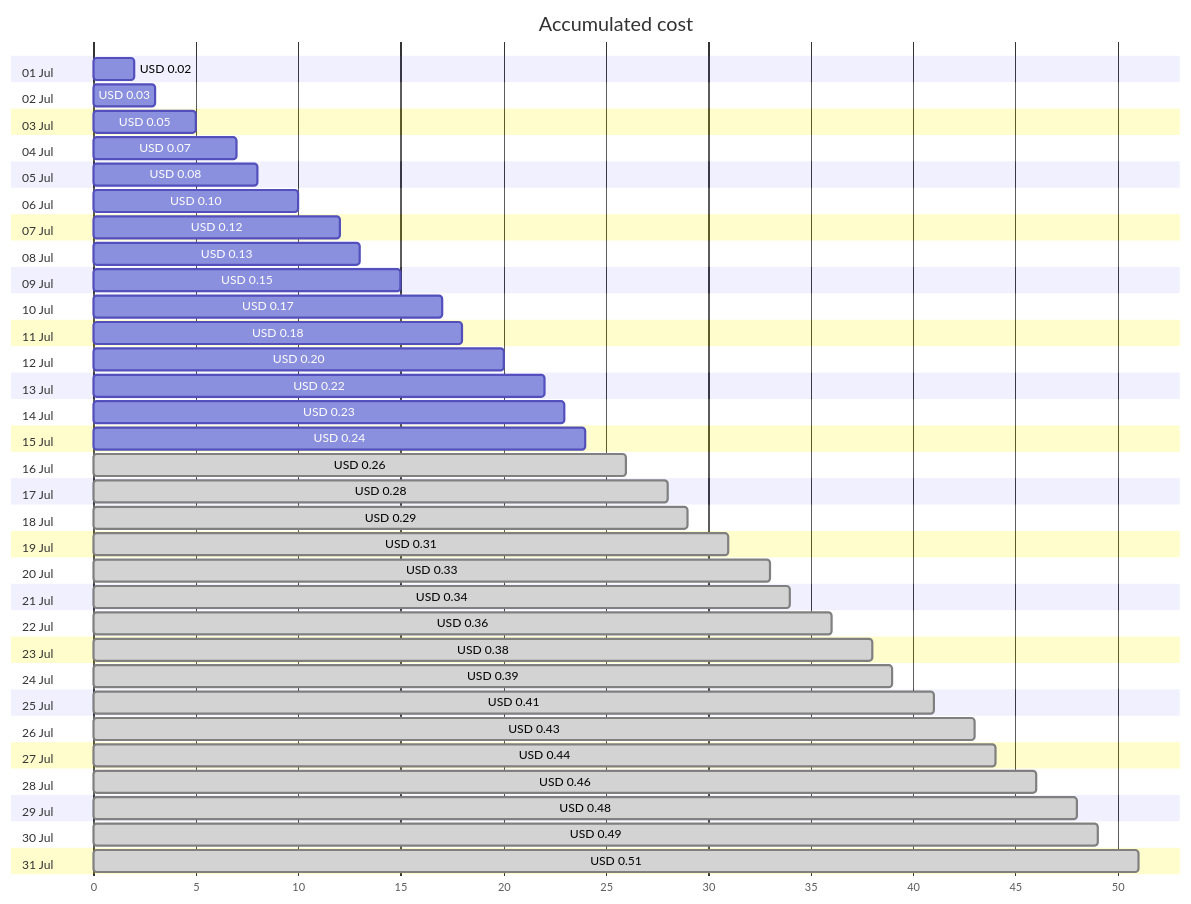
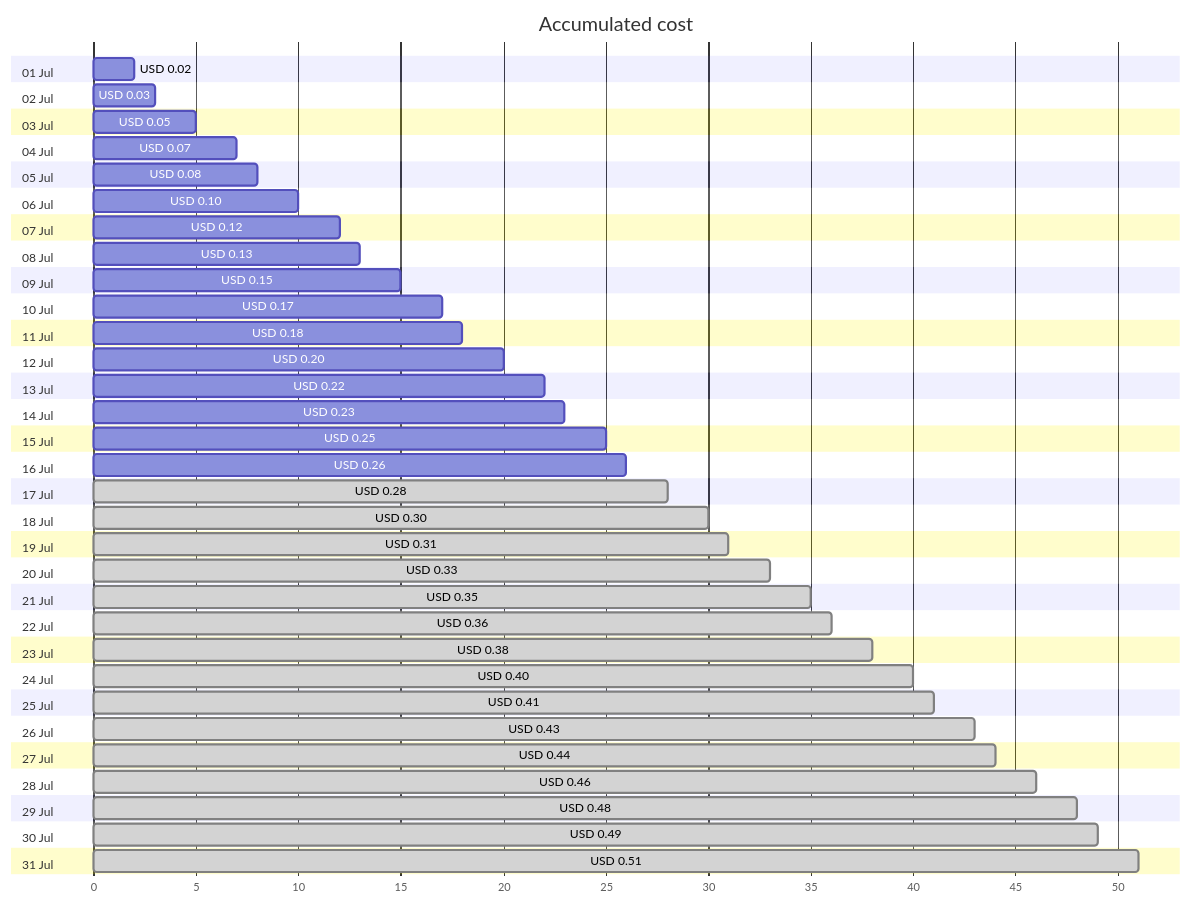
The first of 4 diagrams in cost-reports/personal-dns/jpatrickfulton.dev.md (jpfulton/azure-personal-reports), drawn with Mermaid before and after one commit. The commit also changed other lines of this file and 2 other files, not shown here.

````diff
--- a/cost-reports/personal-dns/jpatrickfulton.dev.md
+++ b/cost-reports/personal-dns/jpatrickfulton.dev.md
@@ -20,68 +20,68 @@
 ```mermaid
 gantt
    title Accumulated cost
    dateFormat  X
    axisFormat %s
    section 01 Jul
    USD 0.02 :0, 2
    section 02 Jul
    USD 0.03 :0, 3
    section 03 Jul
    USD 0.05 :0, 5
    section 04 Jul
    USD 0.07 :0, 7
    section 05 Jul
    USD 0.08 :0, 8
    section 06 Jul
    USD 0.10 :0, 10
    section 07 Jul
    USD 0.12 :0, 12
    section 08 Jul
    USD 0.13 :0, 13
    section 09 Jul
    USD 0.15 :0, 15
    section 10 Jul
    USD 0.17 :0, 17
    section 11 Jul
    USD 0.18 :0, 18
    section 12 Jul
    USD 0.20 :0, 20
    section 13 Jul
    USD 0.22 :0, 22
    section 14 Jul
    USD 0.23 :0, 23
    section 15 Jul
-   USD 0.24 :0, 24
+   USD 0.25 :0, 25
    section 16 Jul
-   USD 0.26 : done, 0, 26
+   USD 0.26 :0, 26
    section 17 Jul
    USD 0.28 : done, 0, 28
    section 18 Jul
-   USD 0.29 : done, 0, 29
+   USD 0.30 : done, 0, 30
    section 19 Jul
    USD 0.31 : done, 0, 31
    section 20 Jul
    USD 0.33 : done, 0, 33
    section 21 Jul
-   USD 0.34 : done, 0, 34
+   USD 0.35 : done, 0, 35
    section 22 Jul
    USD 0.36 : done, 0, 36
    section 23 Jul
    USD 0.38 : done, 0, 38
    section 24 Jul
-   USD 0.39 : done, 0, 39
+   USD 0.40 : done, 0, 40
    section 25 Jul
    USD 0.41 : done, 0, 41
    section 26 Jul
    USD 0.43 : done, 0, 43
    section 27 Jul
    USD 0.44 : done, 0, 44
    section 28 Jul
    USD 0.46 : done, 0, 46
    section 29 Jul
    USD 0.48 : done, 0, 48
    section 30 Jul
    USD 0.49 : done, 0, 49
    section 31 Jul
    USD 0.51 : done, 0, 51
 ```
````
